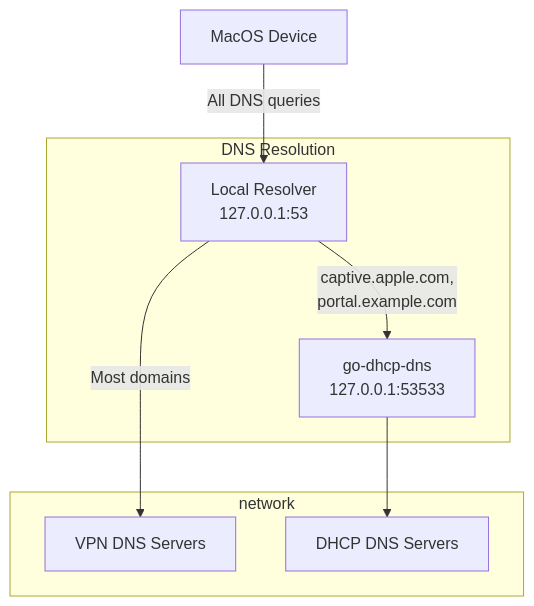
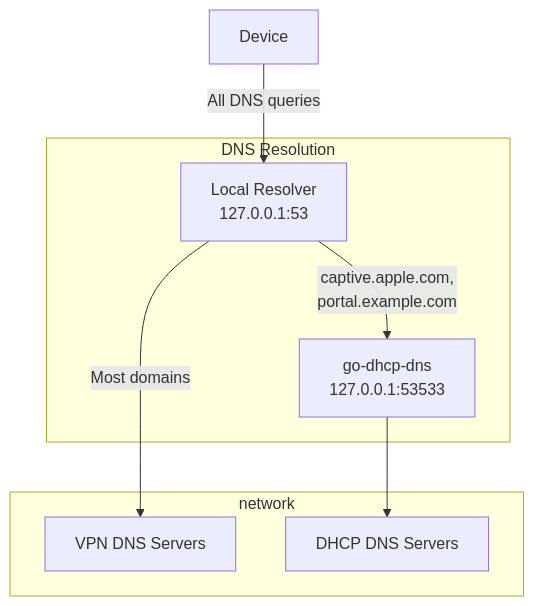
One commit to mazzz1y/go-dhcp-dns changed the diagram in readme.md. Above: the diagram before and after it, drawn with Mermaid. The commit also changed other lines of this file, not shown here.

````diff
--- a/readme.md
+++ b/readme.md
@@ -24,19 +28,19 @@
 ```mermaid
 graph TD
-    Device[MacOS Device]
+    Device[Device]
 
     subgraph dns-resolution[DNS Resolution]
         local-dns[Local Resolver<br/>127.0.0.1:53]
         go-dhcp-dns[go-dhcp-dns<br/>127.0.0.1:53533]
     end
 
     subgraph network
         vpn[VPN DNS Servers]
         dhcp[DHCP DNS Servers]
     end
 
     Device -->|All DNS queries| local-dns
     local-dns -->|Most domains| vpn
     local-dns -->|"captive.apple.com,<br/>portal.example.com"| go-dhcp-dns
     go-dhcp-dns --> dhcp
 ```
````
